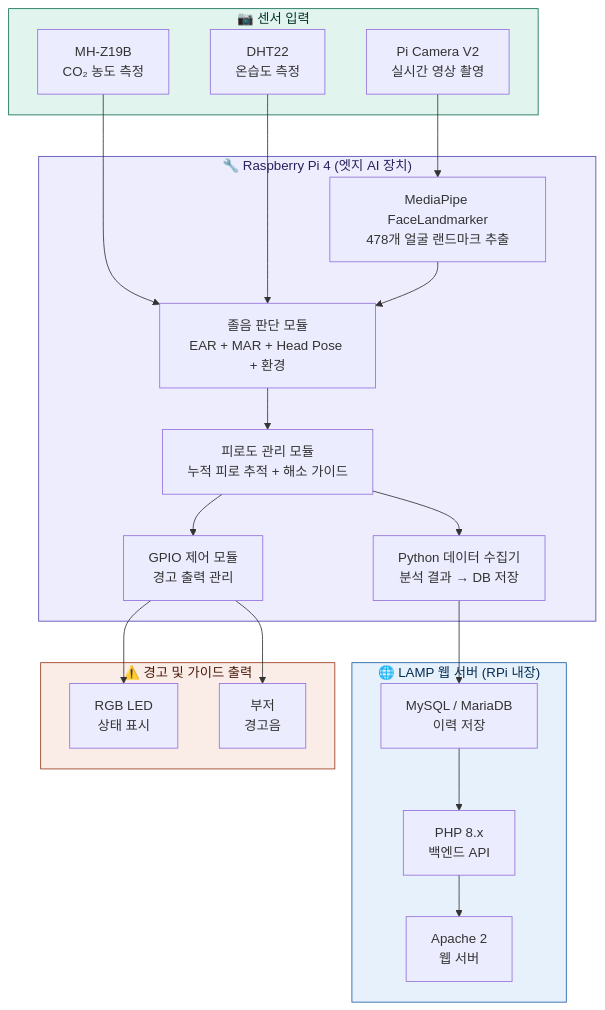
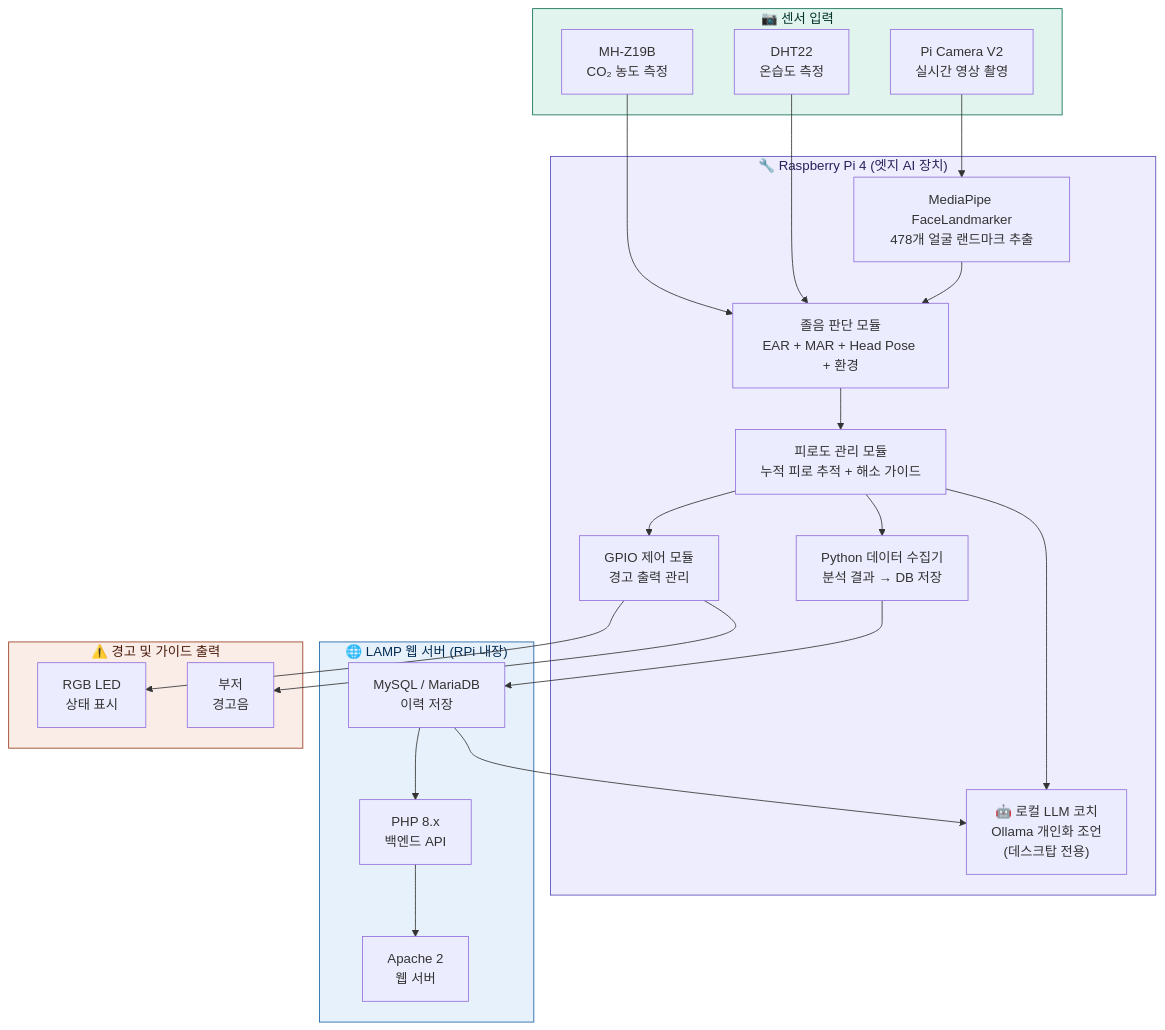
One commit to pgh165/capstone changed the first of 13 diagrams in project.md. Above: the diagram before and after it, drawn with Mermaid. The commit also changed other lines of this file, not shown here.

First line of the commit message:
project.md에 로컬 LLM 코치 내용 반영

````diff
--- a/project.md
+++ b/project.md
@@ -31,45 +32,48 @@
 ```mermaid
 graph TB
     subgraph SENSOR["📷 센서 입력"]
         CAM["Pi Camera V2<br/>실시간 영상 촬영"]
         CO2["MH-Z19B<br/>CO₂ 농도 측정"]
         DHT["DHT22<br/>온습도 측정"]
     end
 
     subgraph RPI["🔧 Raspberry Pi 4 (엣지 AI 장치)"]
         MP["MediaPipe FaceLandmarker<br/>478개 얼굴 랜드마크 추출"]
         ALG["졸음 판단 모듈<br/>EAR + MAR + Head Pose + 환경"]
         FATIGUE["피로도 관리 모듈<br/>누적 피로 추적 + 해소 가이드"]
+        LLM["🤖 로컬 LLM 코치<br/>Ollama 개인화 조언<br/>(데스크탑 전용)"]
         GPIO["GPIO 제어 모듈<br/>경고 출력 관리"]
         PYTHON["Python 데이터 수집기<br/>분석 결과 → DB 저장"]
     end
 
     subgraph LAMP["🌐 LAMP 웹 서버 (RPi 내장)"]
         APACHE["Apache 2<br/>웹 서버"]
         PHP["PHP 8.x<br/>백엔드 API"]
         MYSQL["MySQL / MariaDB<br/>이력 저장"]
     end
 
     subgraph OUTPUT["⚠️ 경고 및 가이드 출력"]
         LED["RGB LED<br/>상태 표시"]
         BUZ["부저<br/>경고음"]
     end
 
     CAM --> MP
     CO2 --> ALG
     DHT --> ALG
     MP --> ALG
     ALG --> FATIGUE
+    FATIGUE --> LLM
     FATIGUE --> GPIO
     FATIGUE --> PYTHON
     PYTHON --> MYSQL
+    MYSQL --> LLM
     GPIO --> LED
     GPIO --> BUZ
     MYSQL --> PHP
     PHP --> APACHE
 
     style SENSOR fill:#E1F5EE,stroke:#0F6E56,color:#04342C
     style RPI fill:#EEEDFE,stroke:#534AB7,color:#26215C
     style LAMP fill:#E6F1FB,stroke:#185FA5,color:#042C53
     style OUTPUT fill:#FAECE7,stroke:#993C1D,color:#4A1B0C
 ```
````
